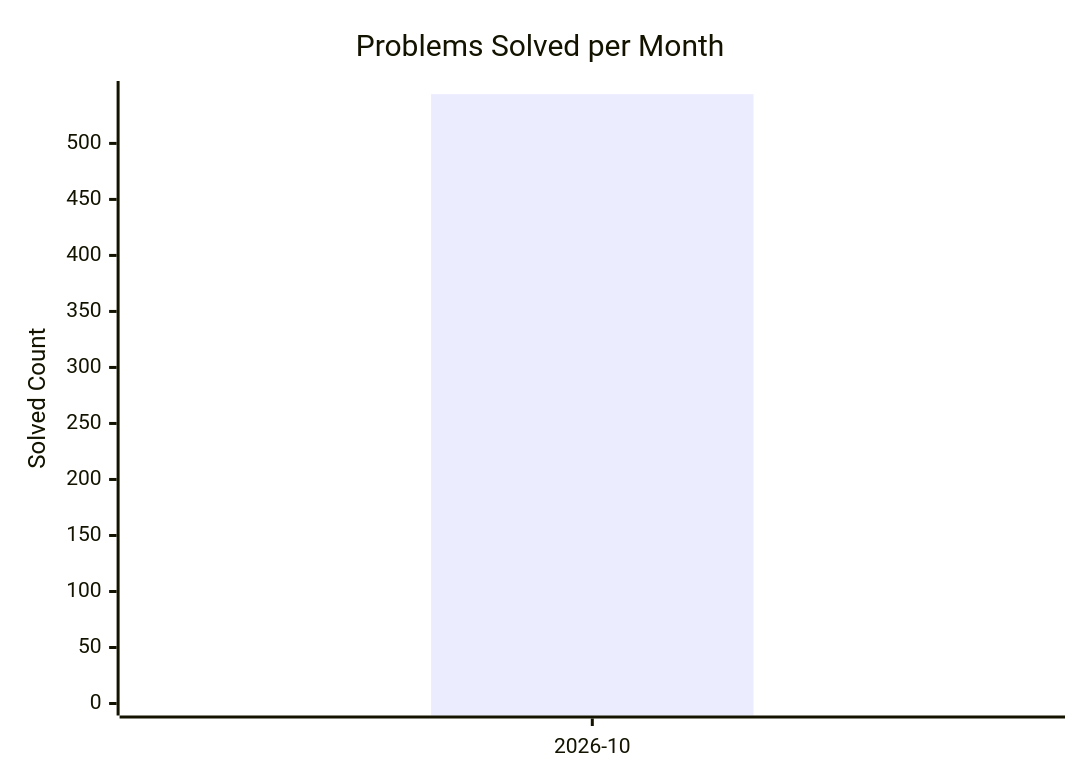
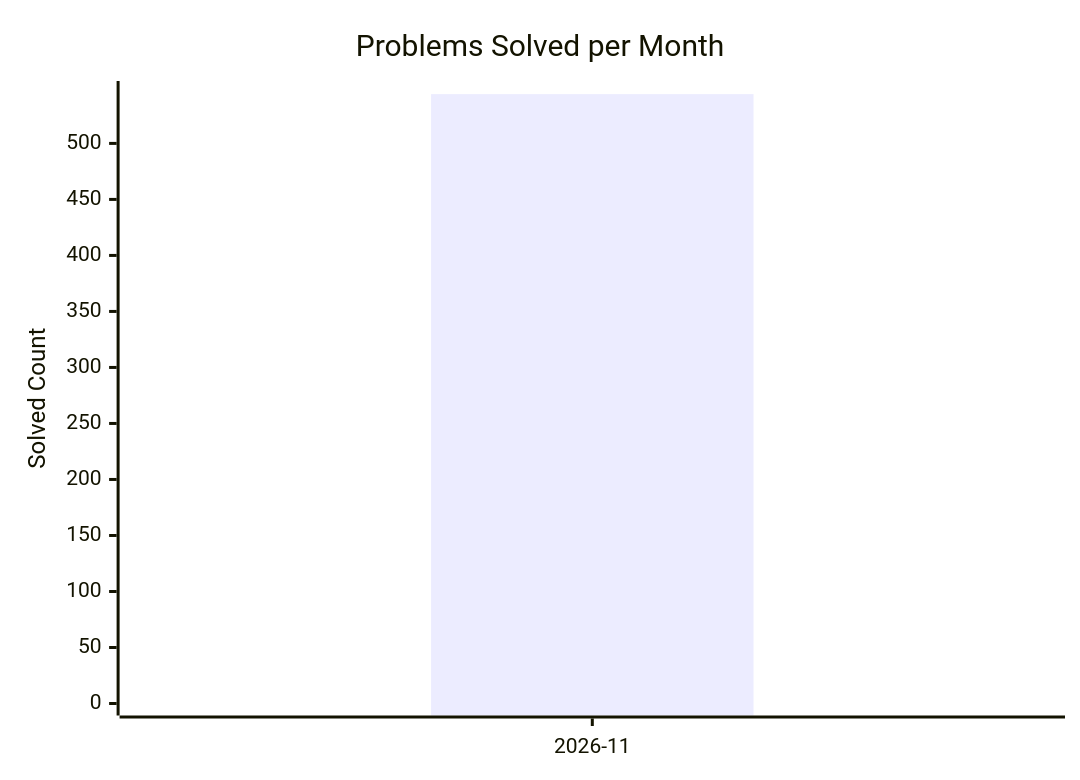
Before and after one commit to AdityaPandey-DEV/CP-Progress-Sync: the diagram in dashboard.md, drawn with Mermaid. The commit also changed other lines of this file, not shown here.

````diff
--- a/dashboard.md
+++ b/dashboard.md
@@ -8,8 +8,8 @@
 ```mermaid
 xychart-beta
     title "Problems Solved per Month"
-    x-axis ["2026-10"]
+    x-axis ["2026-11"]
     y-axis "Solved Count" 0 --> 545
     bar [544]
     line [544]
 ```
````
